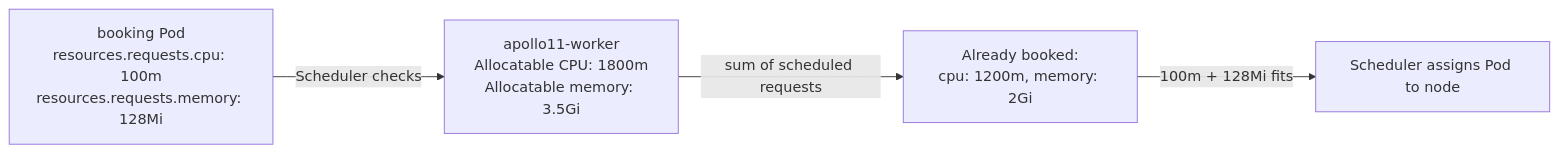
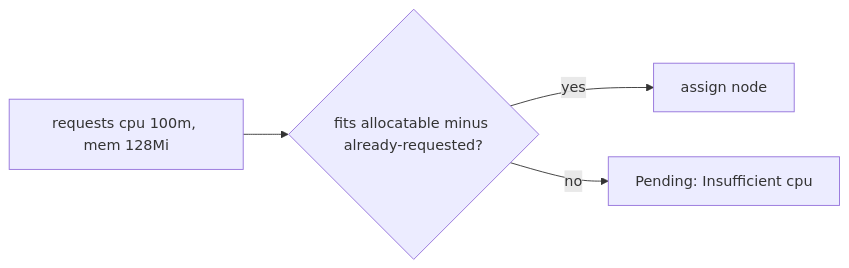
Before and after one commit to darshan-raul/apollo11-docs: the first of 2 diagrams in docs/learn/reliability/requests-limits-and-pressure.md, drawn with Mermaid. The commit also changed other lines of this file and 55 other files, not shown here.

````diff
--- a/docs/learn/reliability/requests-limits-and-pressure.md
+++ b/docs/learn/reliability/requests-limits-and-pressure.md
@@ -18,6 +20,6 @@
-~~~mermaid
+```mermaid
 flowchart LR
-  PodSpec["booking Pod\nresources.requests.cpu: 100m\nresources.requests.memory: 128Mi"] -->|Scheduler checks| NodeCapacity["apollo11-worker\nAllocatable CPU: 1800m\nAllocatable memory: 3.5Gi"]
-  NodeCapacity -->|sum of scheduled requests| Booked["Already booked:\ncpu: 1200m, memory: 2Gi"]
-  Booked -->|100m + 128Mi fits| Schedule["Scheduler assigns Pod to node"]
-~~~
+  Pod["requests cpu 100m, mem 128Mi"] --> Sched{fits allocatable minus already-requested?}
+  Sched -->|yes| Bind[assign node]
+  Sched -->|no| Pending["Pending: Insufficient cpu"]
+```
````
